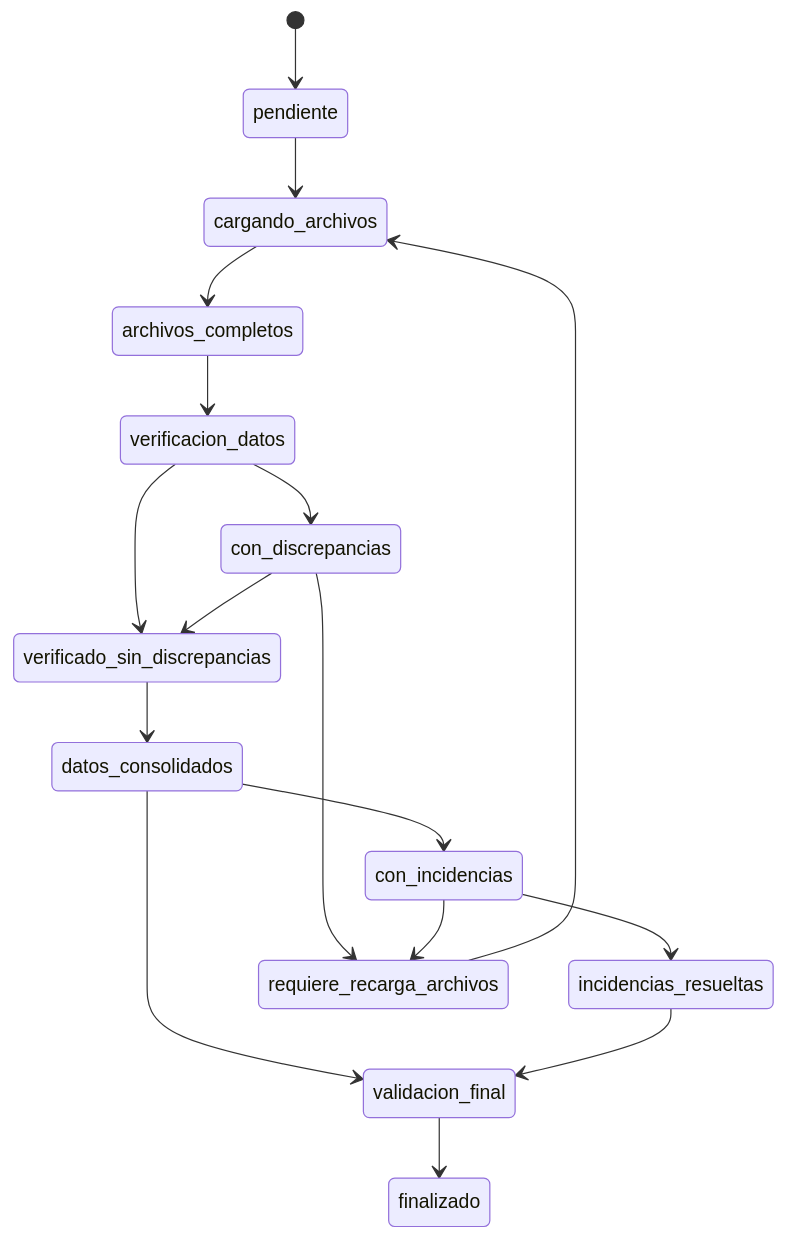
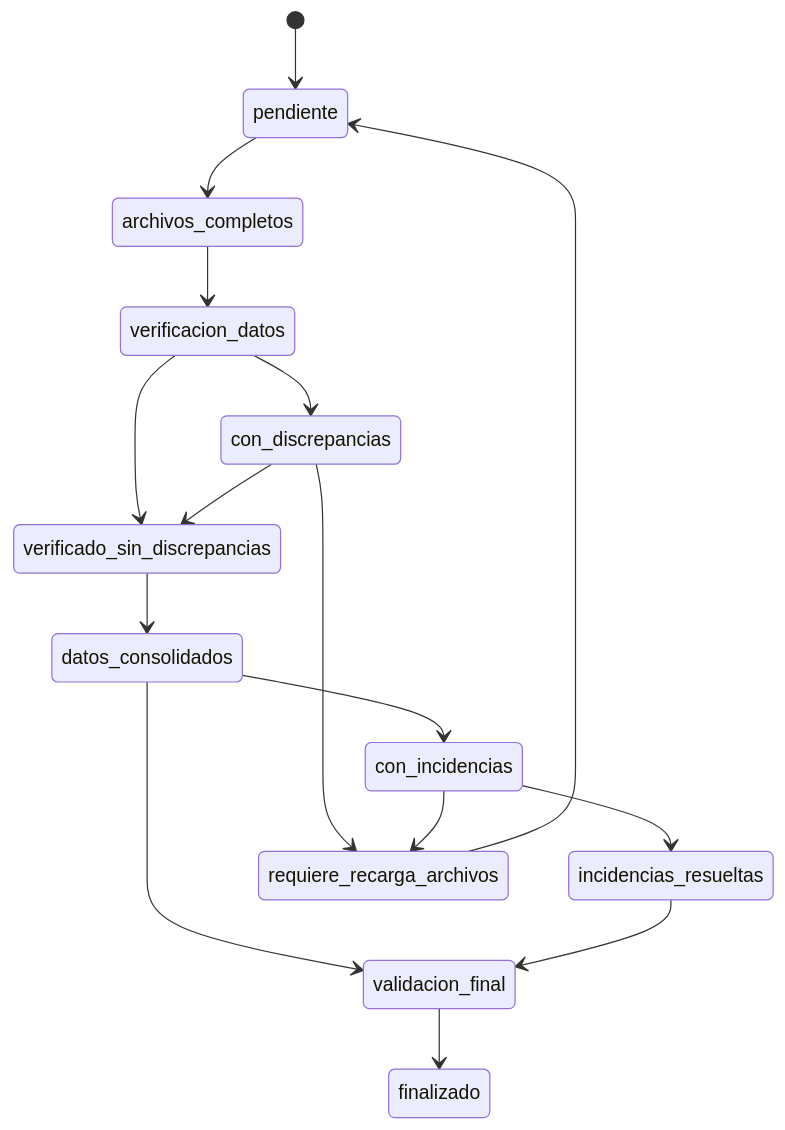
Before and after one commit to castrometro/SGM: the fifth of 8 diagrams in docs/entidades_sistema_nomina.md, drawn with Mermaid. The commit also changed other lines of this file and 61 other files, not shown here.

````diff
--- a/docs/entidades_sistema_nomina.md
+++ b/docs/entidades_sistema_nomina.md
@@ -908,20 +908,19 @@
 ```mermaid
 stateDiagram-v2
     [*] --> pendiente
-    pendiente --> cargando_archivos
-    cargando_archivos --> archivos_completos
+    pendiente --> archivos_completos
     archivos_completos --> verificacion_datos
     verificacion_datos --> con_discrepancias
     verificacion_datos --> verificado_sin_discrepancias
     con_discrepancias --> verificado_sin_discrepancias
     verificado_sin_discrepancias --> datos_consolidados
     datos_consolidados --> con_incidencias
     datos_consolidados --> validacion_final
     con_incidencias --> incidencias_resueltas
     incidencias_resueltas --> validacion_final
     validacion_final --> finalizado
     
     con_discrepancias --> requiere_recarga_archivos
     con_incidencias --> requiere_recarga_archivos
-    requiere_recarga_archivos --> cargando_archivos
+    requiere_recarga_archivos --> pendiente
 ```
````
